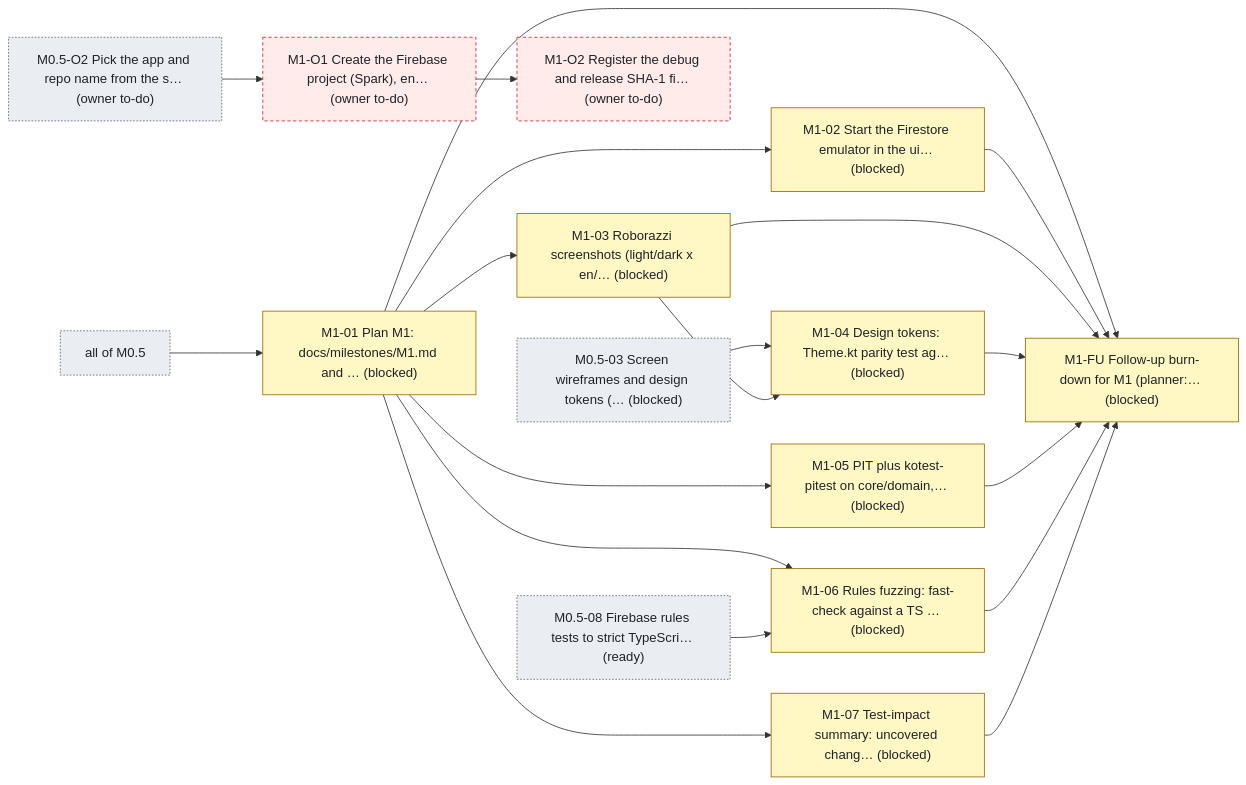
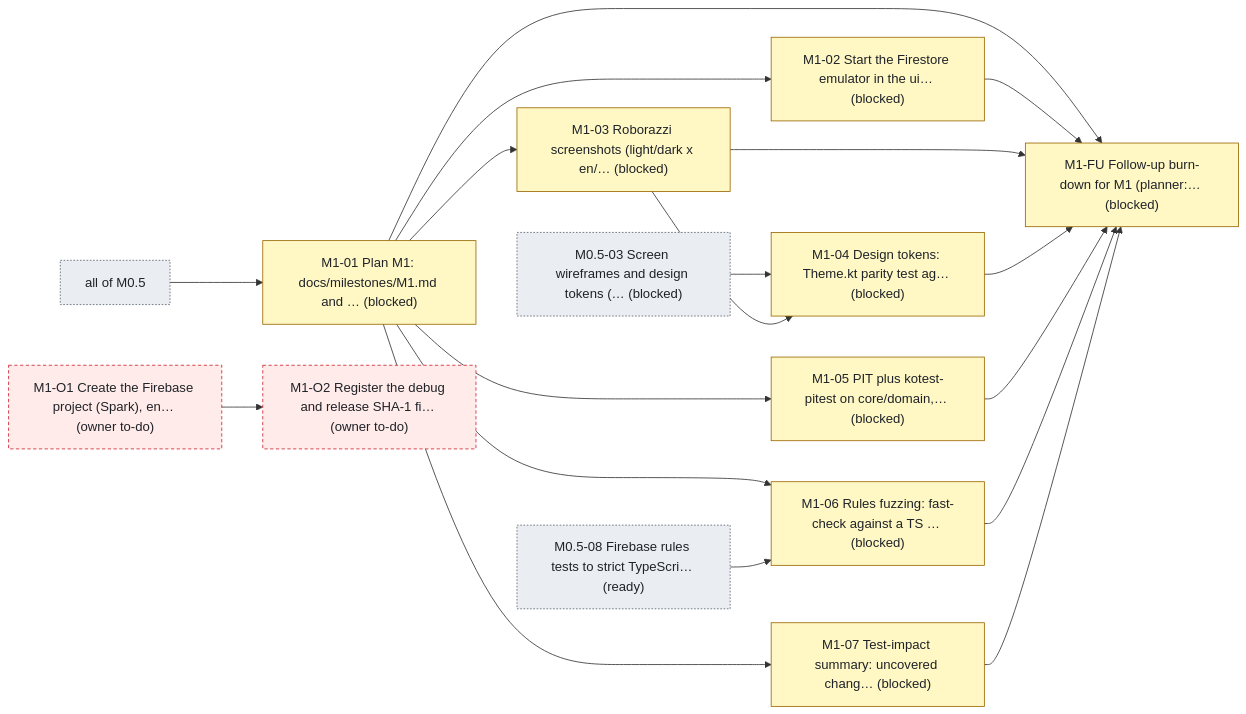
Before and after one commit to bondo/listicles2: the second of 2 diagrams in status.md, drawn with Mermaid. The commit also changed other lines of this file and 2 other files, not shown here.

````diff
--- a/status.md
+++ b/status.md
@@ -167,40 +163,38 @@
 ```mermaid
 flowchart LR
     n0["M1-01 Plan M1: docs/milestones/M1.md and … (blocked)"]:::blocked
     n1["M1-02 Start the Firestore emulator in the ui… (blocked)"]:::blocked
     n2["M1-03 Roborazzi screenshots (light/dark x en/… (blocked)"]:::blocked
     n3["M1-04 Design tokens: Theme.kt parity test ag… (blocked)"]:::blocked
     n4["M1-05 PIT plus kotest-pitest on core/domain,… (blocked)"]:::blocked
     n5["M1-06 Rules fuzzing: fast-check against a TS … (blocked)"]:::blocked
     n6["M1-07 Test-impact summary: uncovered chang… (blocked)"]:::blocked
     n7["M1-FU Follow-up burn-down for M1 (planner:… (blocked)"]:::blocked
     n8["M1-O1 Create the Firebase project (Spark), en… (owner to-do)"]:::owner
     n9["M1-O2 Register the debug and release SHA-1 fi… (owner to-do)"]:::owner
     n10["all of M0.5"]:::ext
     n11["M0.5-03 Screen wireframes and design tokens (… (blocked)"]:::ext
     n12["M0.5-08 Firebase rules tests to strict TypeScri… (ready)"]:::ext
-    n13["M0.5-O2 Pick the app and repo name from the s… (owner to-do)"]:::ext
     n10 --> n0
     n0 --> n1
     n0 --> n2
     n11 --> n3
     n2 --> n3
     n0 --> n4
     n0 --> n5
     n12 --> n5
     n0 --> n6
     n0 --> n7
     n1 --> n7
     n2 --> n7
     n3 --> n7
     n4 --> n7
     n5 --> n7
     n6 --> n7
-    n13 --> n8
     n8 --> n9
     classDef ready fill:#dafbe1,stroke:#1a7f37,color:#1f2328
     classDef progress fill:#ddf4ff,stroke:#0969da,color:#1f2328
     classDef blocked fill:#fff8c5,stroke:#9a6700,color:#1f2328
     classDef owner fill:#ffebe9,stroke:#cf222e,color:#1f2328,stroke-dasharray:4 3
     classDef ext fill:#eaeef2,stroke:#59636e,color:#1f2328,stroke-dasharray:2 2
 ```
````
